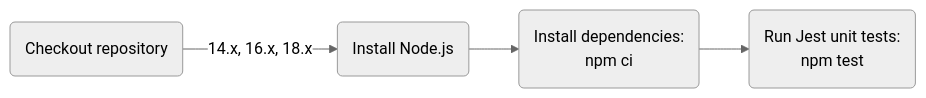
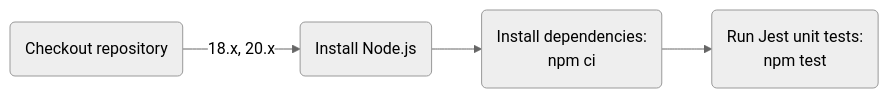
The second of 5 diagrams in README.md (Abhiek187/ez-recipes-server), drawn with Mermaid (neutral theme) before and after one commit. The commit also changed 1 other file, not shown here.

Commit message:
Remove Node 16 from tests

````diff
--- a/README.md
+++ b/README.md
@@ -43,7 +43,7 @@
 ```mermaid
 flowchart LR
 
-A(Checkout repository) -->|14.x, 16.x, 18.x| B(Install Node.js)
+A(Checkout repository) -->|18.x, 20.x| B(Install Node.js)
 B --> C(Install dependencies:\nnpm ci)
 C --> D(Run Jest unit tests:\nnpm test)
 ```
````
